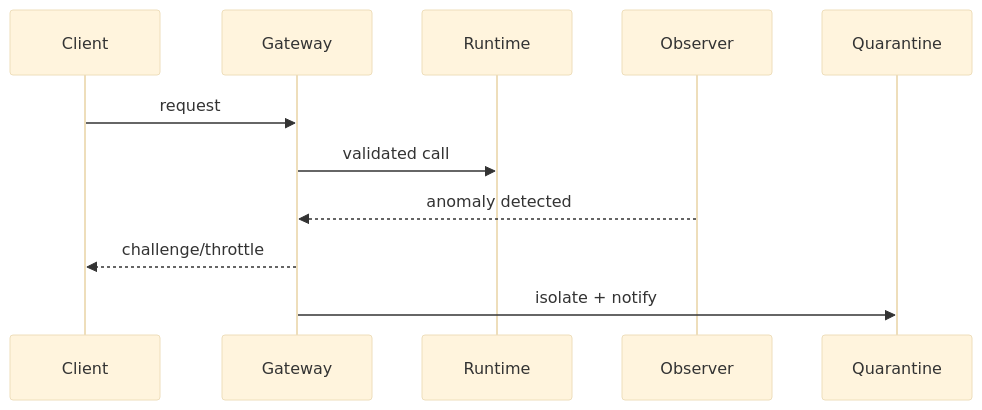
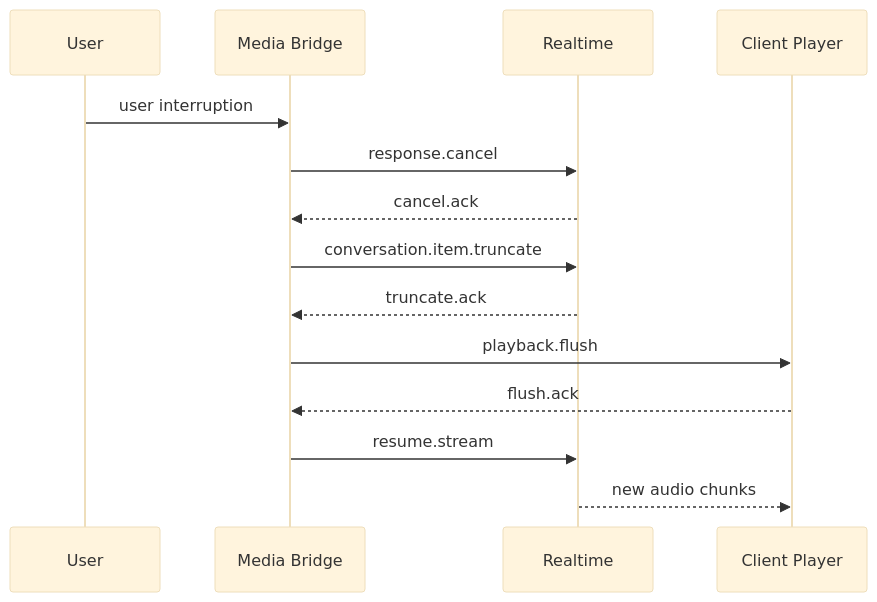
One commit to turbo998/ai-infra-lab changed the second of 2 diagrams in workshops/azure-agent-infra/acs-aoai-realtime-webrtc-voice-agent-turn-bargein-faq-r1101.en.md. Above: the diagram before and after it, drawn with Mermaid (base theme). The commit also changed other lines of this file and 5 other files, not shown here.

````diff
--- a/workshops/azure-agent-infra/acs-aoai-realtime-webrtc-voice-agent-turn-bargein-faq-r1101.en.md
+++ b/workshops/azure-agent-infra/acs-aoai-realtime-webrtc-voice-agent-turn-bargein-faq-r1101.en.md
@@ -138,13 +146,16 @@
 ```mermaid
 sequenceDiagram
-  participant C as Client
-  participant G as Gateway
-  participant R as Runtime
-  participant O as Observer
-  participant Q as Quarantine
-  C->>G: request
-  G->>R: validated call
-  O-->>G: anomaly detected
-  G-->>C: challenge/throttle
-  G->>Q: isolate + notify
+  participant U as User
+  participant B as Media Bridge
+  participant R as Realtime
+  participant C as Client Player
+  U->>B: user interruption
+  B->>R: response.cancel
+  R-->>B: cancel.ack
+  B->>R: conversation.item.truncate
+  R-->>B: truncate.ack
+  B->>C: playback.flush
+  C-->>B: flush.ack
+  B->>R: resume.stream
+  R-->>C: new audio chunks
 ```
````
